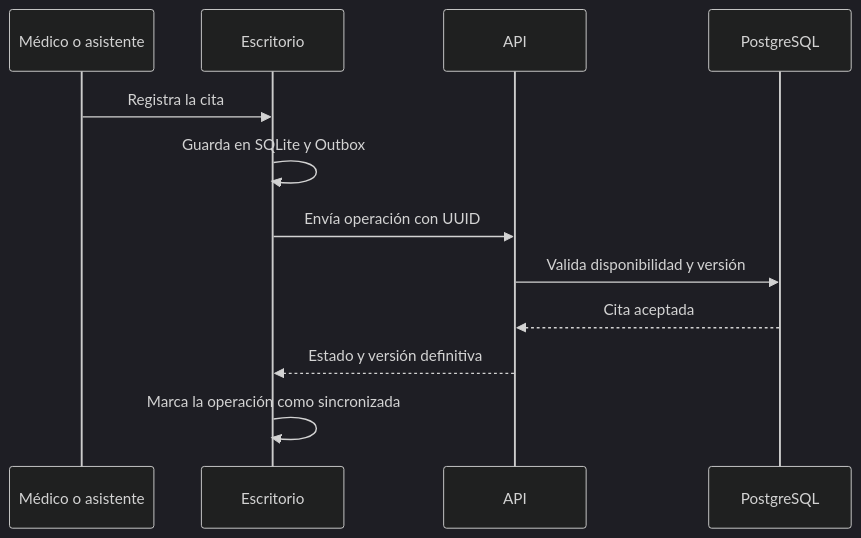
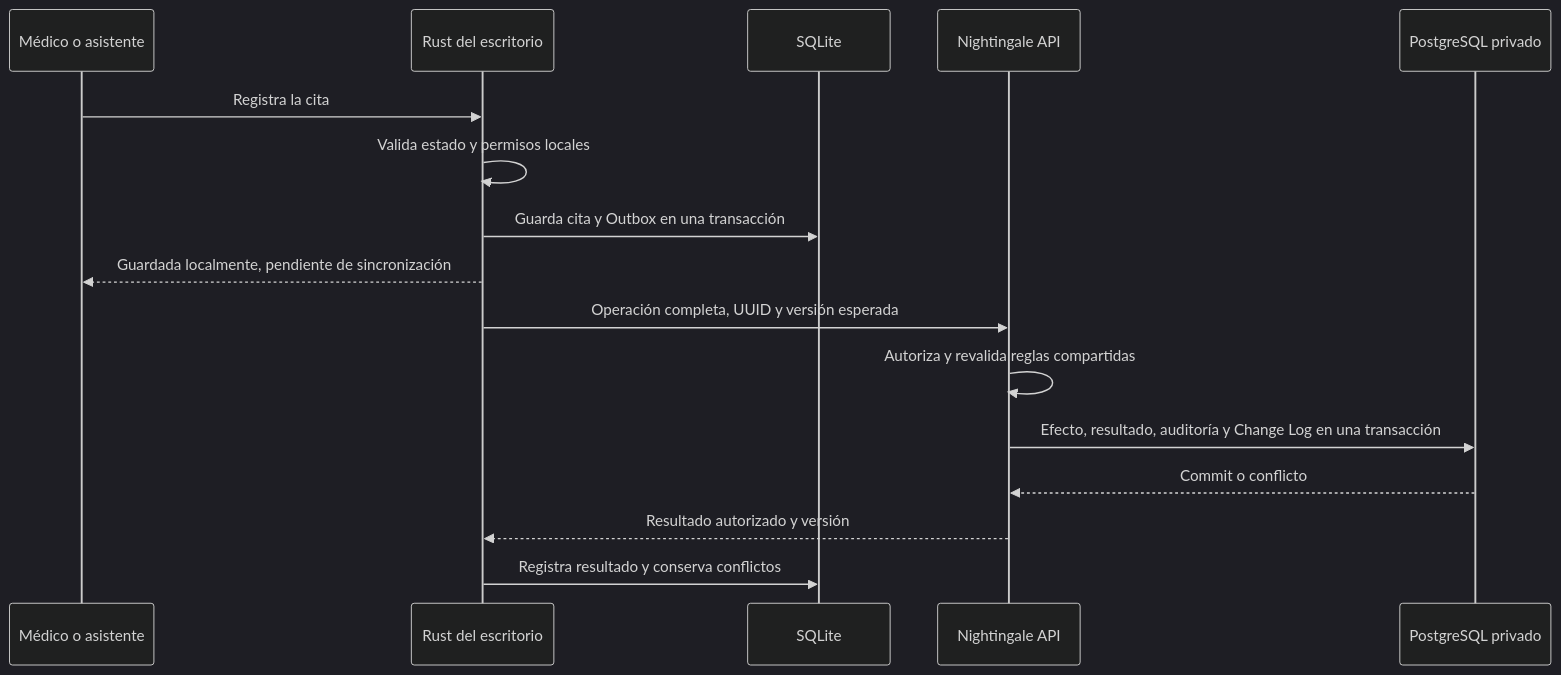
One commit to odiseo0/nightingale changed the third of 6 diagrams in docs/technical-architecture.md. Above: the diagram before and after it, drawn with Mermaid (dark theme). The commit also changed other lines of this file and 14 other files, not shown here.

````diff
--- a/docs/technical-architecture.md
+++ b/docs/technical-architecture.md
@@ -495,14 +506,18 @@
 ```mermaid
 sequenceDiagram
     participant U as Médico o asistente
-    participant D as Escritorio
-    participant A as API
-    participant P as PostgreSQL
-    U->>D: Registra la cita
-    D->>D: Guarda en SQLite y Outbox
-    D->>A: Envía operación con UUID
-    A->>P: Valida disponibilidad y versión
-    P-->>A: Cita aceptada
-    A-->>D: Estado y versión definitiva
-    D->>D: Marca la operación como sincronizada
+    participant R as Rust del escritorio
+    participant L as SQLite
+    participant A as Nightingale API
+    participant P as PostgreSQL privado
+    U->>R: Registra la cita
+    R->>R: Valida estado y permisos locales
+    R->>L: Guarda cita y Outbox en una transacción
+    R-->>U: Guardada localmente, pendiente de sincronización
+    R->>A: Operación completa, UUID y versión esperada
+    A->>A: Autoriza y revalida reglas compartidas
+    A->>P: Efecto, resultado, auditoría y Change Log en una transacción
+    P-->>A: Commit o conflicto
+    A-->>R: Resultado autorizado y versión
+    R->>L: Registra resultado y conserva conflictos
 ```
````
